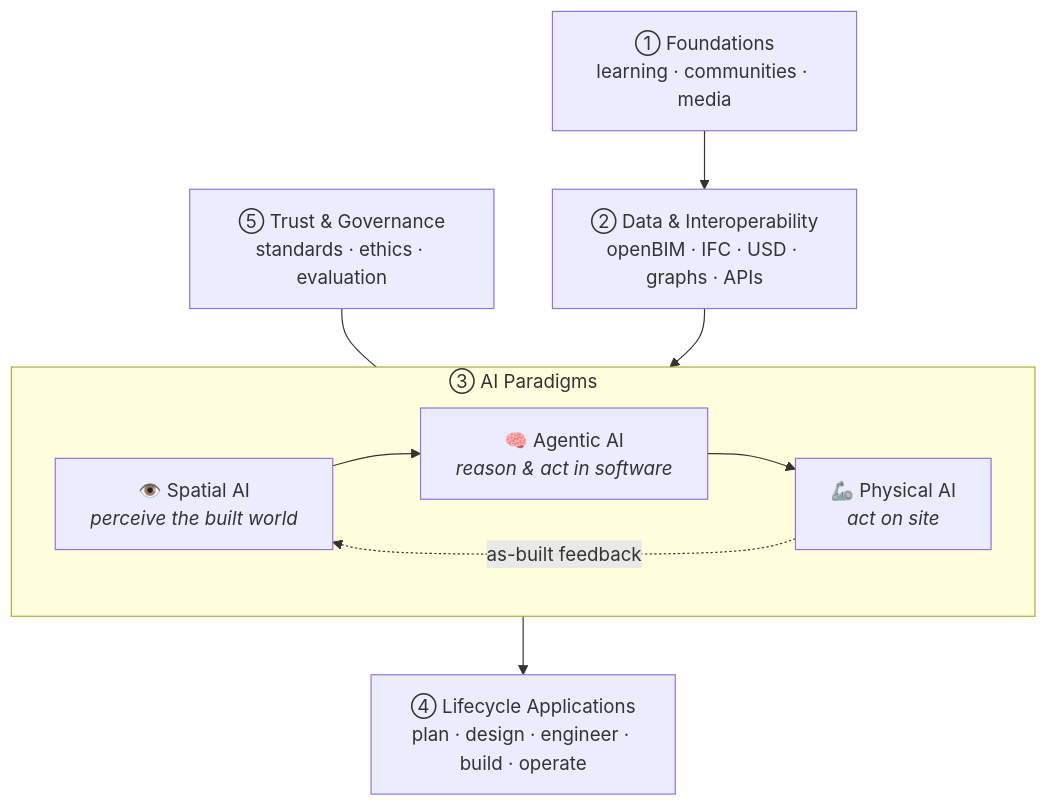
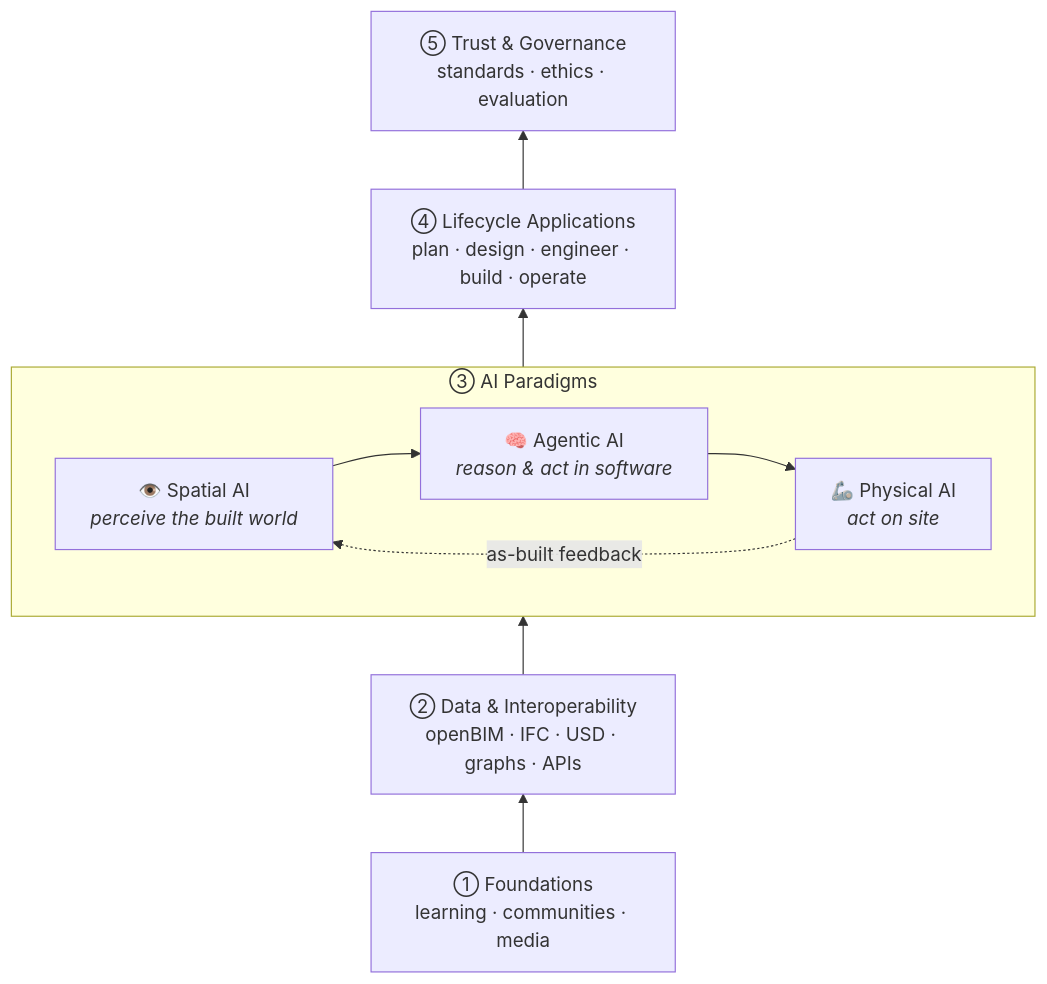
Before and after one commit to natnew/Awesome-AI-for-AEC-Delivery: the diagram in README.md, drawn with Mermaid.

Commit message:
Redraw taxonomy diagram as a bottom-up layer stack
Claude-Session: https://claude.ai/code/session_019MrYhh3Cp9Mo1UjGDKXCsD

````diff
--- a/README.md
+++ b/README.md
@@ -22,19 +22,16 @@
 ```mermaid
-flowchart TB
-    G["⑤ Trust & Governance<br/>standards · ethics · evaluation"]
+flowchart BT
+    F["① Foundations<br/>learning · communities · media"]
+    D["② Data & Interoperability<br/>openBIM · IFC · USD · graphs · APIs"]
     subgraph P["③ AI Paradigms"]
         direction LR
         SP["👁️ Spatial AI<br/><i>perceive the built world</i>"]
         AG["🧠 Agentic AI<br/><i>reason & act in software</i>"]
         PH["🦾 Physical AI<br/><i>act on site</i>"]
         SP --> AG --> PH
         PH -. "as-built feedback" .-> SP
     end
     L["④ Lifecycle Applications<br/>plan · design · engineer · build · operate"]
-    D["② Data & Interoperability<br/>openBIM · IFC · USD · graphs · APIs"]
-    F["① Foundations<br/>learning · communities · media"]
-    G --- P
-    P --> L
-    D --> P
-    F --> D
+    G["⑤ Trust & Governance<br/>standards · ethics · evaluation"]
+    F --> D --> P --> L --> G
 ```
````
